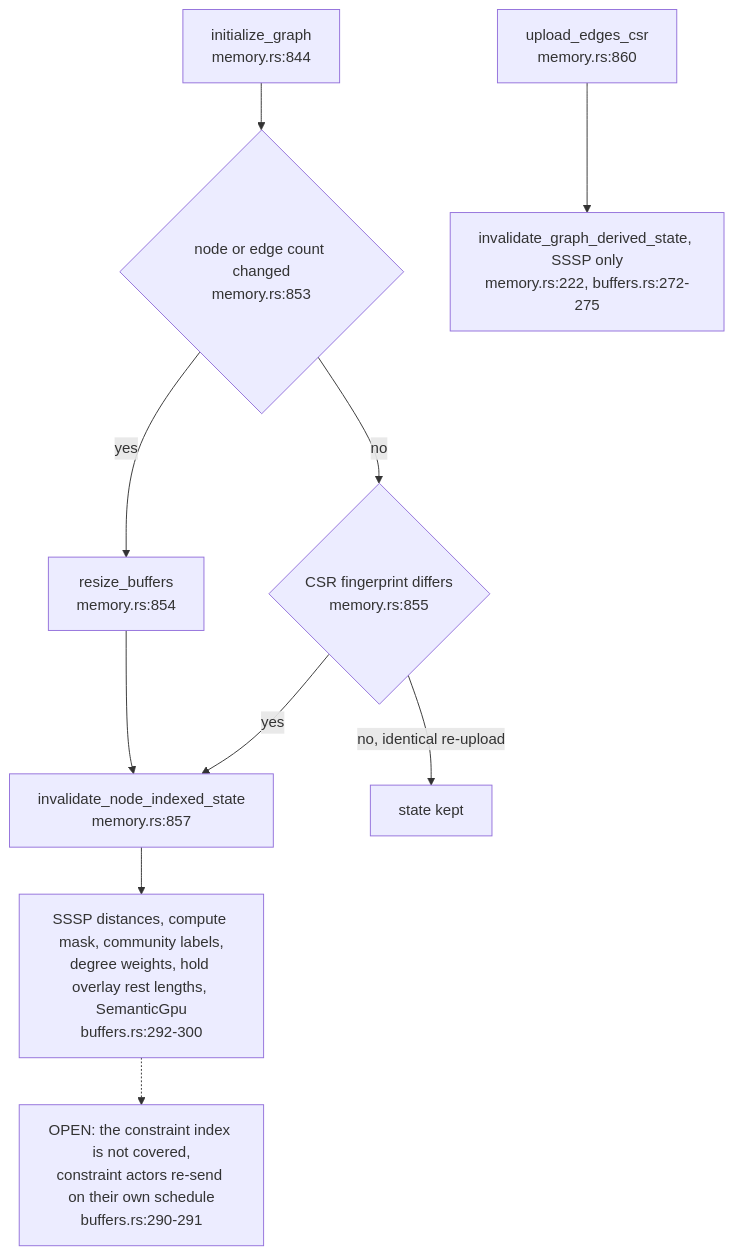
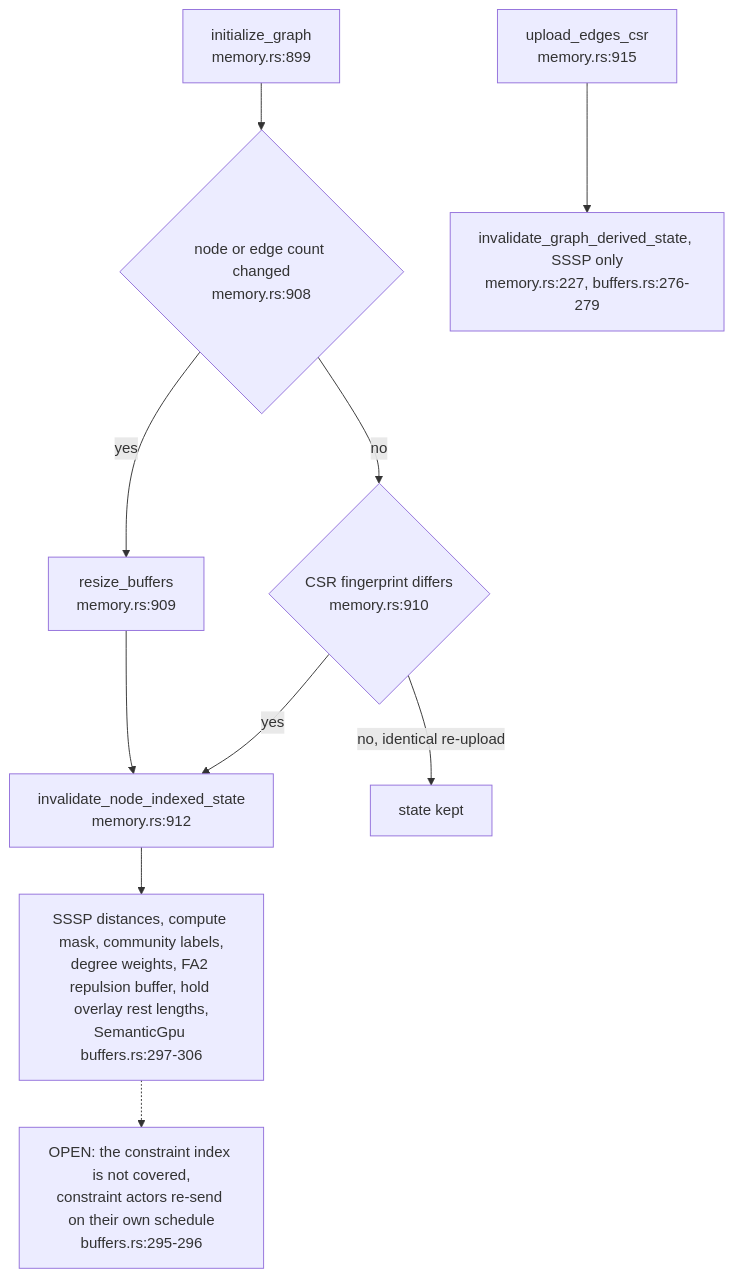
The second of 5 diagrams in docs/diagrams/visionclaw/60-gpu-buffer-lifecycle-and-kernel-harness.md (DreamLab-AI/VisionFlow), drawn with Mermaid before and after one commit. The commit also changed other lines of this file and 2 other files, not shown here.

First line of the commit message:
diagrams(visionclaw): re-verify VC-59, VC-60, VC-61 at visionclaw 4900ec60b

````diff
--- a/docs/diagrams/visionclaw/60-gpu-buffer-lifecycle-and-kernel-harness.md
+++ b/docs/diagrams/visionclaw/60-gpu-buffer-lifecycle-and-kernel-harness.md
@@ -54,12 +54,12 @@
 ```mermaid
 flowchart TB
-    INIT["initialize_graph<br/>memory.rs:844"] --> CNT{"node or edge count changed<br/>memory.rs:853"}
-    CNT -->|"yes"| RES["resize_buffers<br/>memory.rs:854"]
-    CNT -->|"no"| FP{"CSR fingerprint differs<br/>memory.rs:855"}
-    FP -->|"yes"| INVN["invalidate_node_indexed_state<br/>memory.rs:857"]
+    INIT["initialize_graph<br/>memory.rs:899"] --> CNT{"node or edge count changed<br/>memory.rs:908"}
+    CNT -->|"yes"| RES["resize_buffers<br/>memory.rs:909"]
+    CNT -->|"no"| FP{"CSR fingerprint differs<br/>memory.rs:910"}
+    FP -->|"yes"| INVN["invalidate_node_indexed_state<br/>memory.rs:912"]
     FP -->|"no, identical re-upload"| KEEP["state kept"]
     RES --> INVN
-    INVN --> LIST["SSSP distances, compute mask, community labels,<br/>degree weights, hold overlay rest lengths, SemanticGpu<br/>buffers.rs:292-300"]
-    LIST -.-> NOTC["OPEN: the constraint index is not covered,<br/>constraint actors re-send on their own schedule<br/>buffers.rs:290-291"]
-    UP["upload_edges_csr<br/>memory.rs:860"] --> SSSPI["invalidate_graph_derived_state, SSSP only<br/>memory.rs:222, buffers.rs:272-275"]
+    INVN --> LIST["SSSP distances, compute mask, community labels,<br/>degree weights, FA2 repulsion buffer, hold overlay rest lengths,<br/>SemanticGpu buffers.rs:297-306"]
+    LIST -.-> NOTC["OPEN: the constraint index is not covered,<br/>constraint actors re-send on their own schedule<br/>buffers.rs:295-296"]
+    UP["upload_edges_csr<br/>memory.rs:915"] --> SSSPI["invalidate_graph_derived_state, SSSP only<br/>memory.rs:227, buffers.rs:276-279"]
 ```
````
